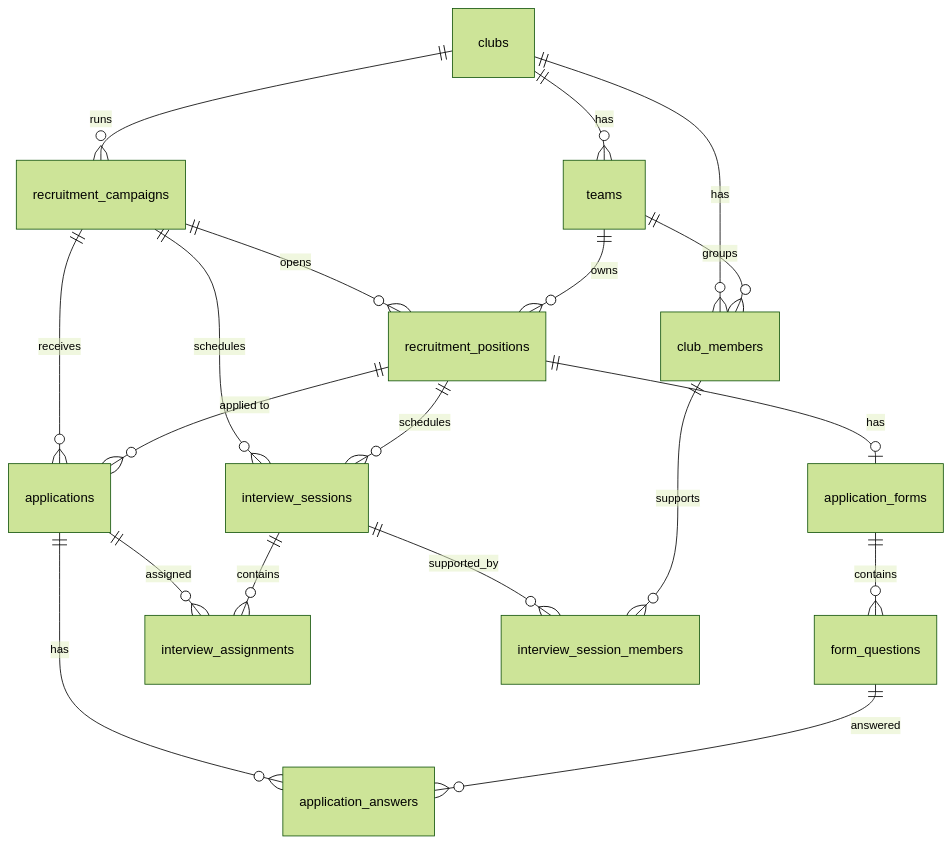
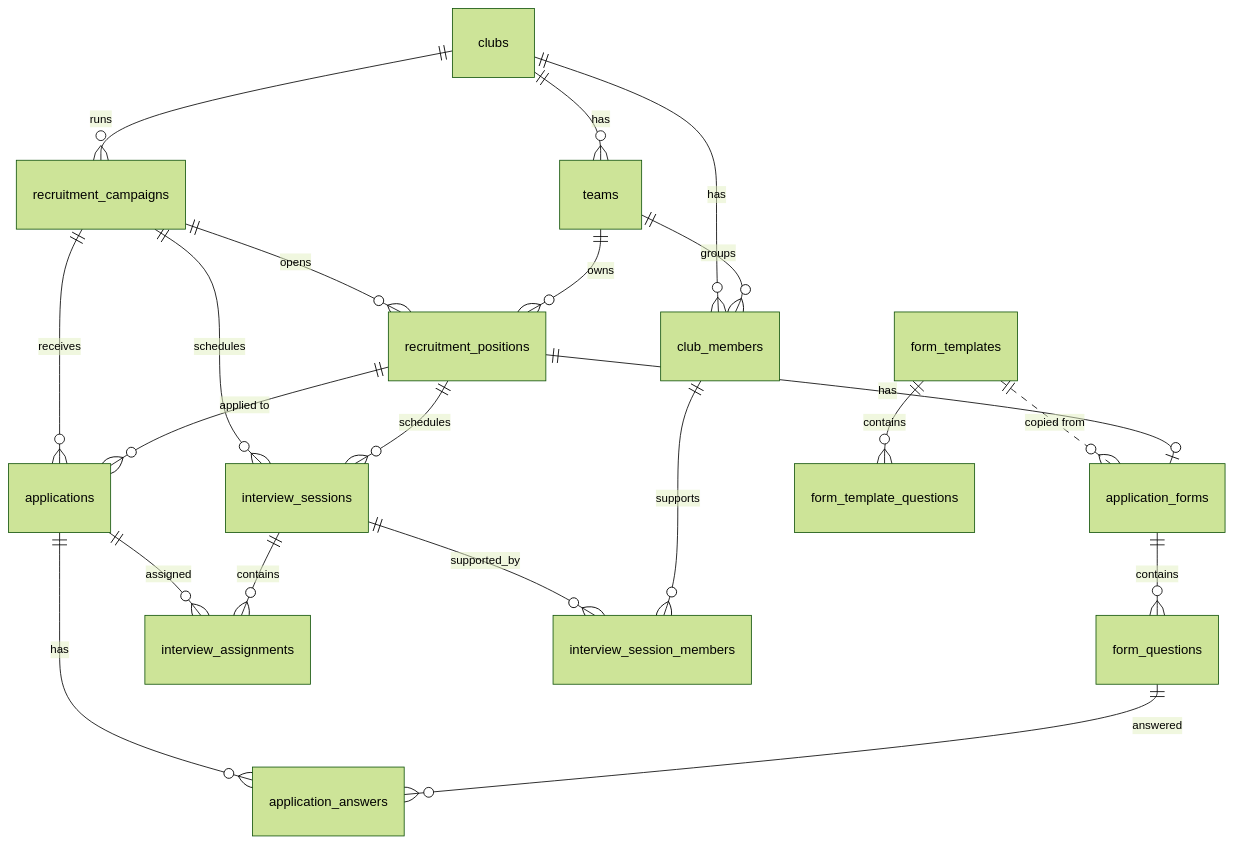
One commit to bitmis-max/bit-recruit changed the diagram in docs/database.md. Above: the diagram before and after it, drawn with Mermaid (forest theme). The commit also changed other lines of this file and 9 other files, not shown here.

Commit message:
feat: Implement form templates management with CRUD functionality and integrate with application forms

````diff
--- a/docs/database.md
+++ b/docs/database.md
@@ -16,26 +16,28 @@
 ```mermaid
 erDiagram
     clubs ||--o{ club_members : has
     clubs ||--o{ teams : has
     teams ||--o{ club_members : groups
     clubs ||--o{ recruitment_campaigns : runs
 
     recruitment_campaigns ||--o{ recruitment_positions : opens
     recruitment_campaigns ||--o{ applications : receives
     recruitment_campaigns ||--o{ interview_sessions : schedules
 
     teams ||--o{ recruitment_positions : owns
     recruitment_positions ||--o{ interview_sessions : schedules
 
     application_forms ||--o{ form_questions : contains
+    form_templates ||--o{ form_template_questions : contains
+    form_templates ||..o{ application_forms : "copied from"
     recruitment_positions ||--o| application_forms : has
 
     recruitment_positions ||--o{ applications : "applied to"
     applications ||--o{ application_answers : has
     form_questions ||--o{ application_answers : answered
 
     applications ||--o{ interview_assignments : assigned
     interview_sessions ||--o{ interview_assignments : contains
     interview_sessions ||--o{ interview_session_members : supported_by
     club_members ||--o{ interview_session_members : supports
 ```
````
